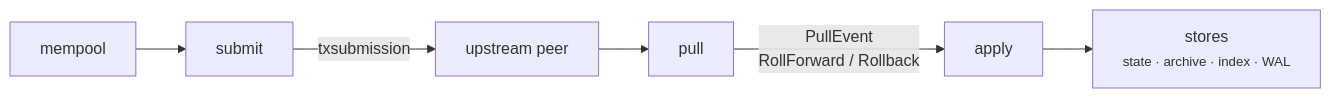
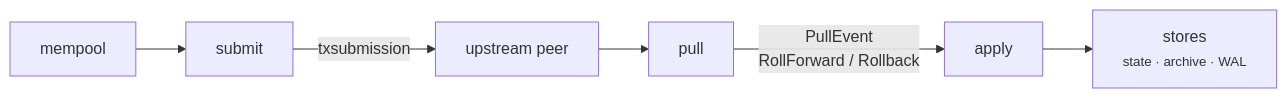
The diagram in docs/content/architecture/sync-pipeline.mdx (txpipe/dolos), drawn with Mermaid before and after one commit. The commit also changed other lines of this file and 63 other files, not shown here.

````diff
--- a/docs/content/architecture/sync-pipeline.mdx
+++ b/docs/content/architecture/sync-pipeline.mdx
@@ -22,15 +22,15 @@
 ```mermaid
 flowchart LR
     peer["upstream peer"]
     pull["pull"]
     apply["apply"]
-    stores["stores<br/><small>state · archive · index · WAL</small>"]
+    stores["stores<br/><small>state · archive · WAL</small>"]
     mempool["mempool"]
     submit["submit"]
 
     peer --> pull
     pull -- "PullEvent<br/>RollForward / Rollback" --> apply
     apply --> stores
     mempool --> submit
     submit -- "txsubmission" --> peer
 ```
````
